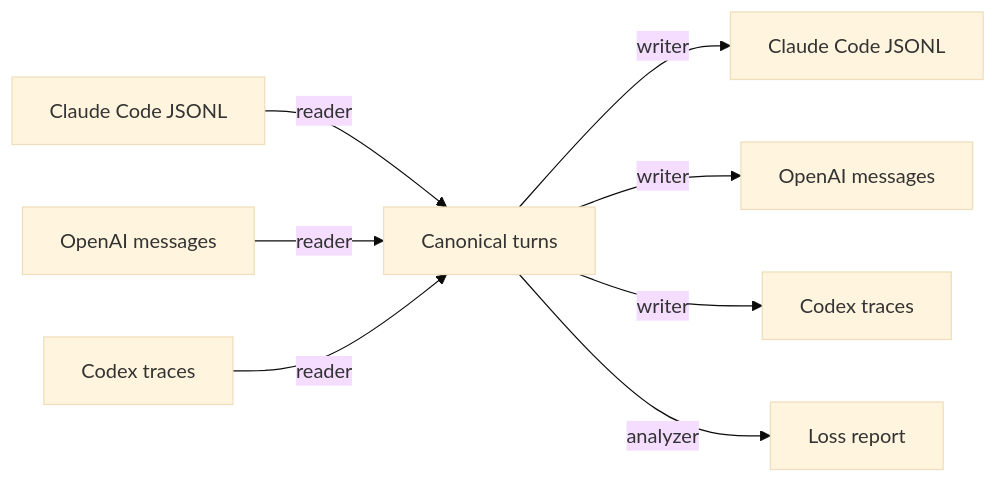
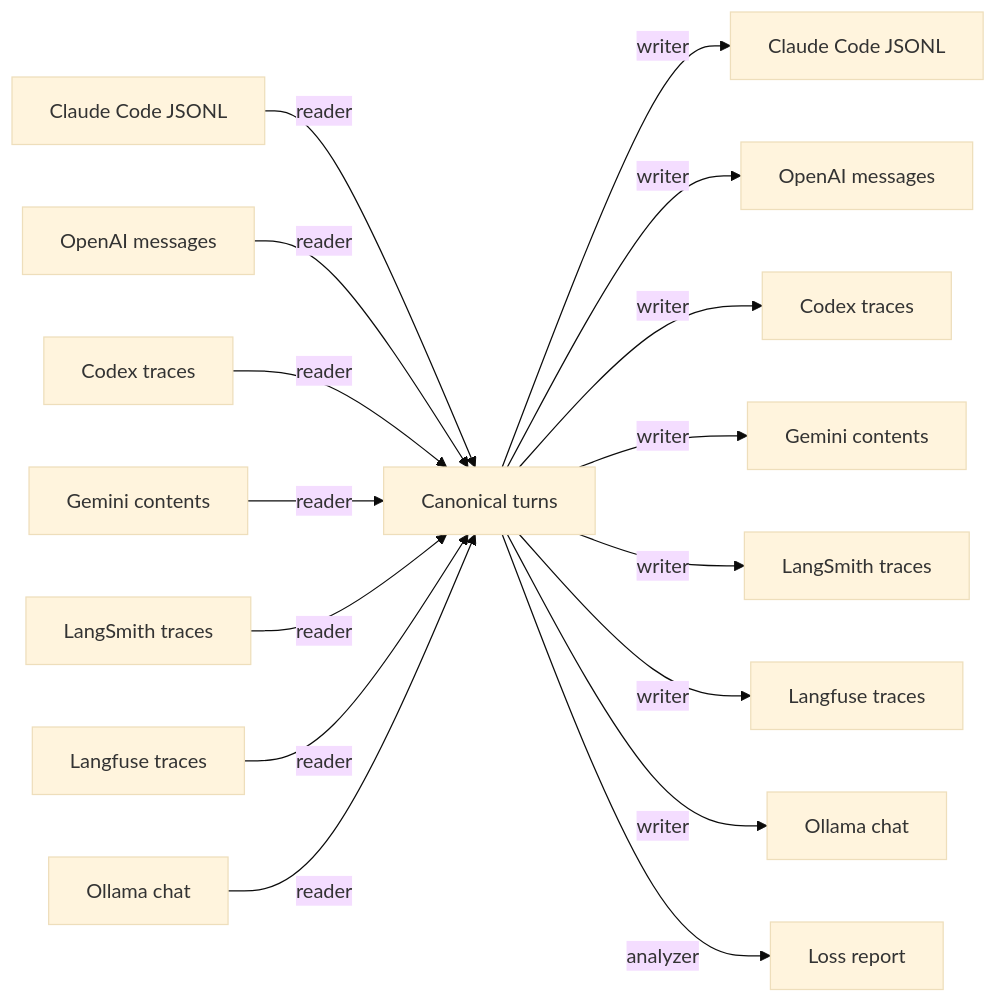
Before and after one commit to Victorchatter/transcript-bridge: the first of 2 diagrams in README.md, drawn with Mermaid (base theme). The commit also changed other lines of this file and 10 other files, not shown here.

First line of the commit message:
feat: Gemini, LangSmith, Langfuse, and Ollama format packs

````diff
--- a/README.md
+++ b/README.md
@@ -60,10 +60,18 @@
 ```mermaid
 flowchart LR
     A["Claude Code JSONL"] -- reader --> C["Canonical turns"]
     B["OpenAI messages"] -- reader --> C
     D["Codex traces"] -- reader --> C
+    I["Gemini contents"] -- reader --> C
+    J["LangSmith traces"] -- reader --> C
+    K["Langfuse traces"] -- reader --> C
+    L["Ollama chat"] -- reader --> C
     C -- writer --> E["Claude Code JSONL"]
     C -- writer --> F["OpenAI messages"]
     C -- writer --> G["Codex traces"]
+    C -- writer --> M["Gemini contents"]
+    C -- writer --> N["LangSmith traces"]
+    C -- writer --> O["Langfuse traces"]
+    C -- writer --> P["Ollama chat"]
     C -- analyzer --> H["Loss report"]
 ```
````
